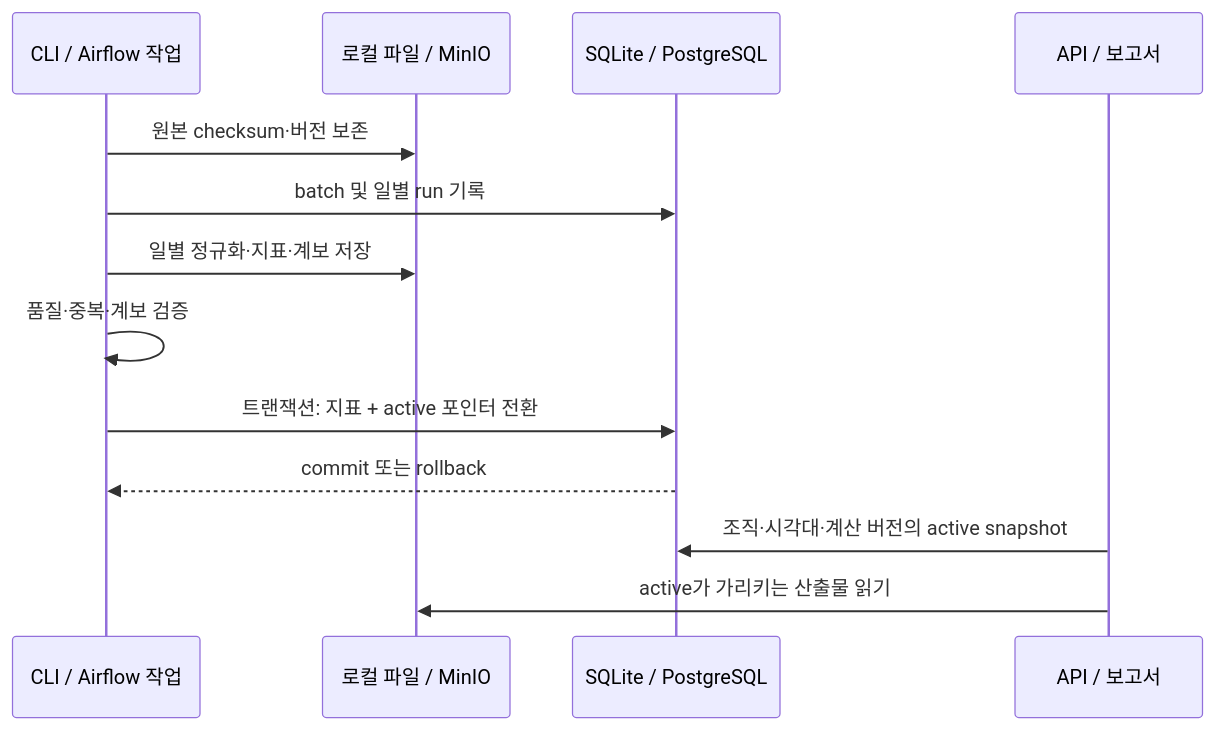
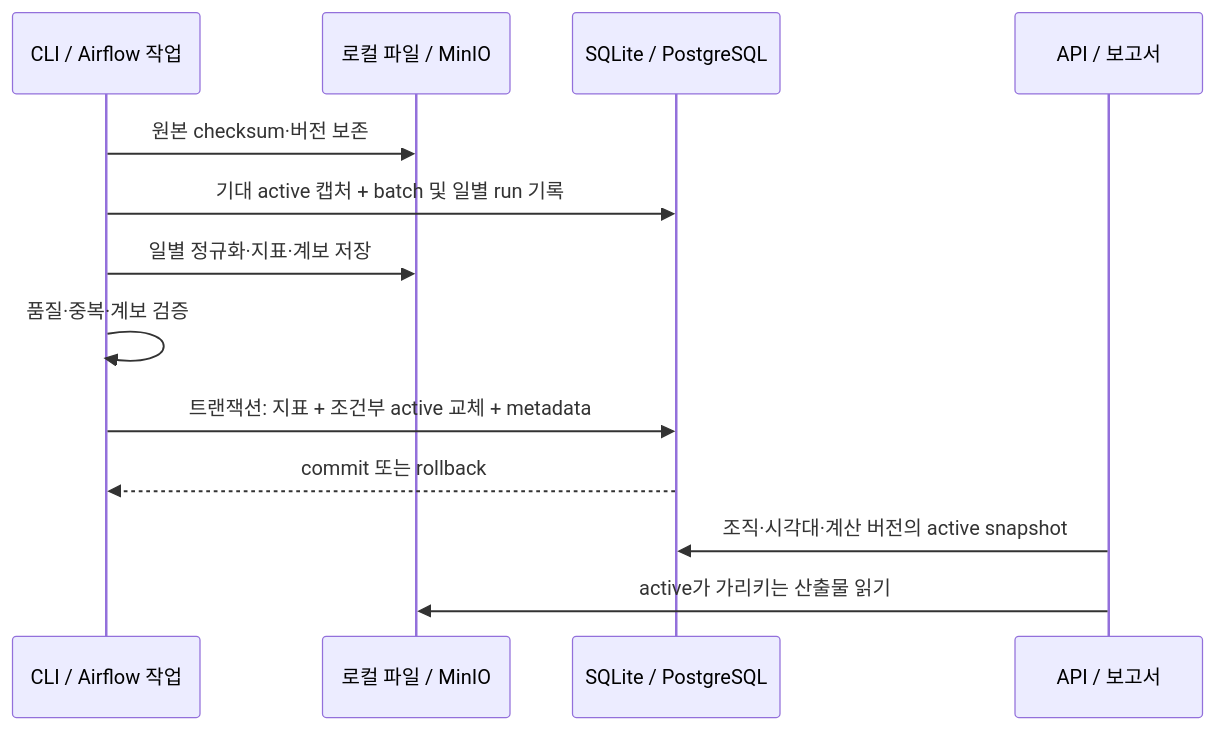
Before and after one commit to TaeyanG4/solarops-audit: the third of 3 diagrams in docs/architecture/system.md, drawn with Mermaid. The commit also changed other lines of this file and 13 other files, not shown here.

````diff
--- a/docs/architecture/system.md
+++ b/docs/architecture/system.md
@@ -86,15 +86,15 @@
 ```mermaid
 sequenceDiagram
     participant CLI as CLI / Airflow 작업
     participant Obj as 로컬 파일 / MinIO
     participant DB as SQLite / PostgreSQL
     participant UI as API / 보고서
     CLI->>Obj: 원본 checksum·버전 보존
-    CLI->>DB: batch 및 일별 run 기록
+    CLI->>DB: 기대 active 캡처 + batch 및 일별 run 기록
     CLI->>Obj: 일별 정규화·지표·계보 저장
     CLI->>CLI: 품질·중복·계보 검증
-    CLI->>DB: 트랜잭션: 지표 + active 포인터 전환
+    CLI->>DB: 트랜잭션: 지표 + 조건부 active 교체 + metadata
     DB-->>CLI: commit 또는 rollback
     UI->>DB: 조직·시각대·계산 버전의 active snapshot
     UI->>Obj: active가 가리키는 산출물 읽기
 ```
````
